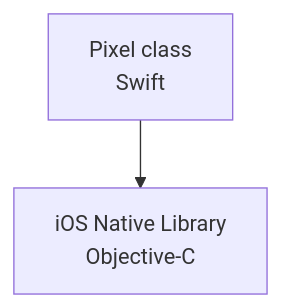
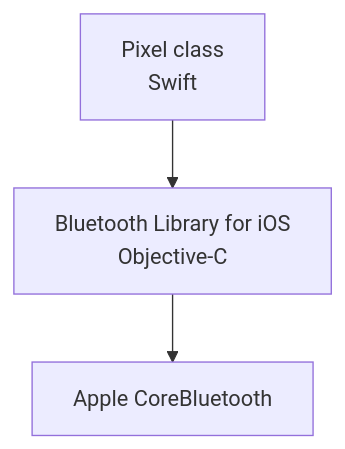
The fourth of 7 diagrams in doc/InternalArchitecture.md (GameWithPixels/.github), drawn with Mermaid before and after one commit. The commit also changed other lines of this file, not shown here.

Commit message:
Update InternalArchitecture.md diagrams

````diff
--- a/doc/InternalArchitecture.md
+++ b/doc/InternalArchitecture.md
@@ -115,4 +115,4 @@
 ```mermaid
 graph TD;
-    Pixel[Pixel class\nSwift]-->iOSLib[iOS Native Library\nObjective-C];
+    Pixel[Pixel class\nSwift]-->iOSLib[Bluetooth Library for iOS\nObjective-C]-->CoreBluetooth[Apple CoreBluetooth];
 ```
````
